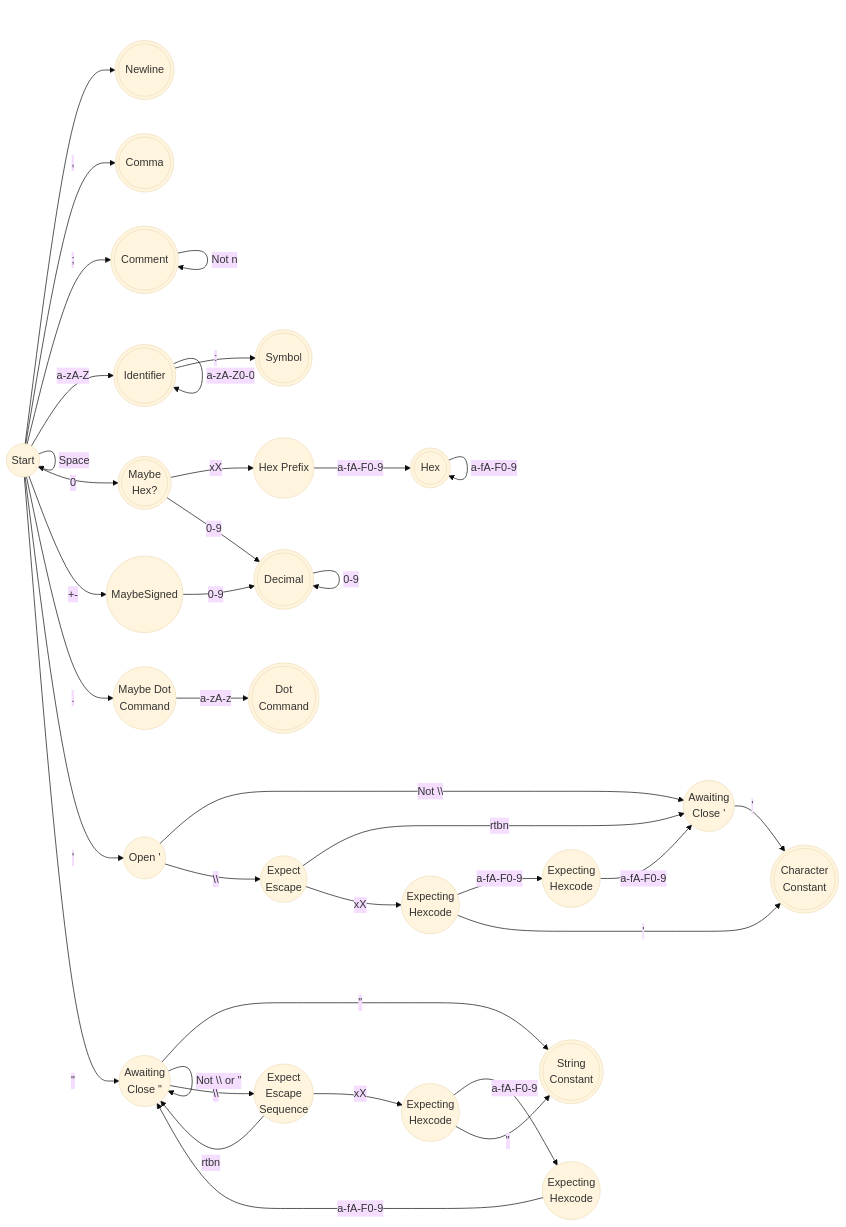
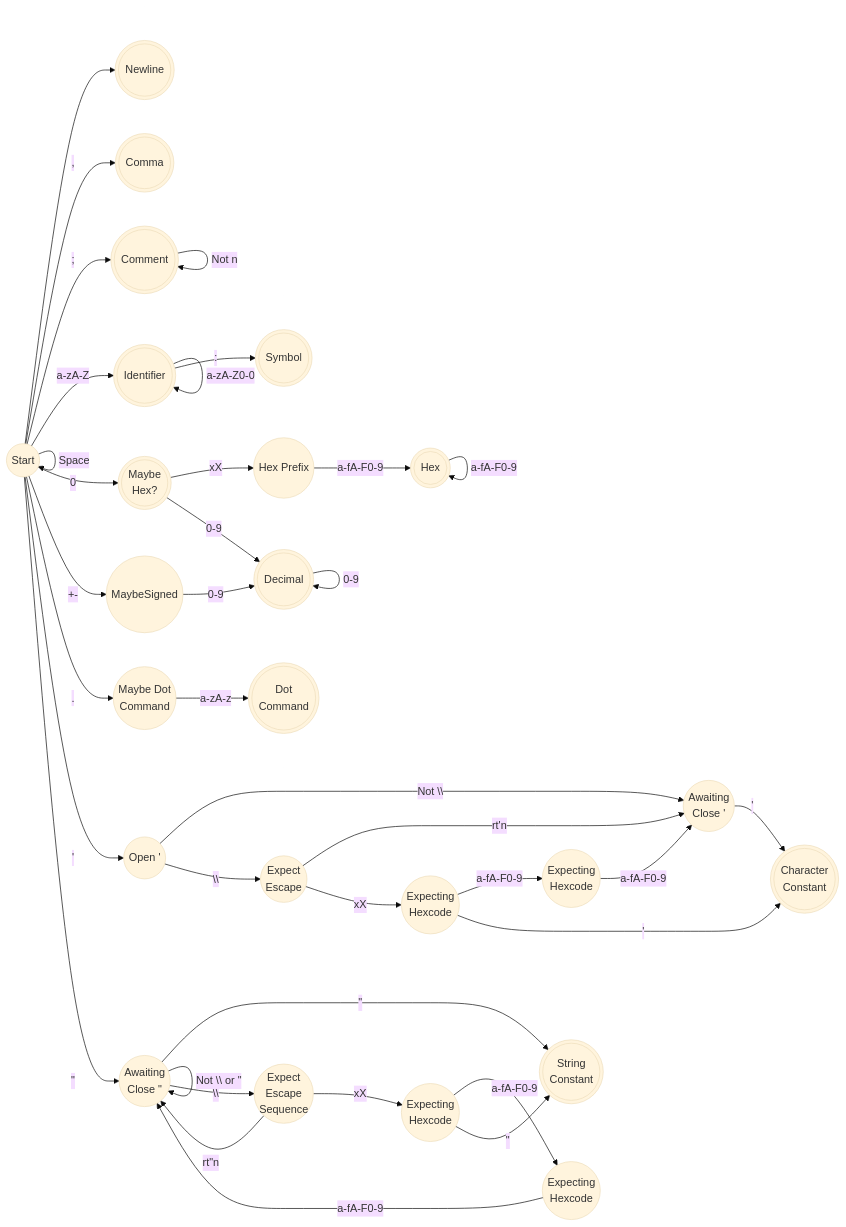
Before and after one commit to Matthew-McRaven/PepNext: the diagram in data/books/cs6e/ch07/fig0738/tokenizer.mmd, drawn with Mermaid (base theme). The commit also changed 6 other files, not shown here.

```diff
--- a/data/books/cs6e/ch07/fig0738/tokenizer.mmd
+++ b/data/books/cs6e/ch07/fig0738/tokenizer.mmd
@@ -1,37 +1,37 @@
 flowchart LR
     Start -->|Space| Start((Start))
     Start --> Newline(((Newline)))
     Start -->|,| Comma(((Comma)))
     Start -->|";"| Comment(((Comment)))
     Comment -->|"Not n"|Comment
     Start -->|"a-zA-Z"| Ident(((Identifier)))
     Ident -->|"a-zA-Z0-0"|Ident
     Ident -->|:|Symbol(((Symbol)))
     Start -->|0|MaybeHex(((Maybe<br/>Hex?)))
     MaybeHex -->|"xX"| HexPrefix((Hex Prefix))
     MaybeHex -->|0-9| Decimal(((Decimal)))
     Decimal --> |0-9| Decimal
     Start -->|+-| MaybeSigned((Maybe<br\>Signed))
     MaybeSigned -->|0-9|Decimal
     HexPrefix -->|"a-fA-F0-9"| Hex(((Hex)))
     Hex -->|"a-fA-F0-9"| Hex(((Hex)))
     Start -->|"."| MaybeDot((Maybe Dot<br/>Command))
     MaybeDot -->|a-zA-z| Dot(((Dot<br/>Command)))
     Start -->|"'"| OpenSingleQuote((Open '))
     OpenSingleQuote -->|"Not \\"| ExpectSingleQuote((Awaiting<br>Close '))
     OpenSingleQuote -->|"\\"| SingleEscape((Expect<br/>Escape<br/>))
-    SingleEscape -->|"rtbn"|ExpectSingleQuote
+    SingleEscape -->|"rt'n"|ExpectSingleQuote
     SingleEscape -->|xX|ExpectHexCode0((Expecting<br/>Hexcode))
     ExpectHexCode0 -->|a-fA-F0-9|ExpectHexCode1((Expecting<br/>Hexcode))
     ExpectHexCode0 -->|'|CloseSingleQuote
     ExpectHexCode1 -->|a-fA-F0-9|ExpectSingleQuote
     ExpectSingleQuote-->|"'"| CloseSingleQuote(((Character<br/>Constant)))
     Start -->|"&quot;"| OpenDoubleQuote(("Open &quot;"))
     OpenDoubleQuote -->|"Not \\ or &quot;"| OpenDoubleQuote(("Awaiting<br>Close &quot;"))
     OpenDoubleQuote -->|"&quot;"|StringConstant(((String<br/>Constant)))
     OpenDoubleQuote -->|"\\"| DoubleEscape((Expect<br/>Escape<br/>Sequence))
-    DoubleEscape -->|"rtbn"|OpenDoubleQuote
+    DoubleEscape -->|"rt&quot;n"|OpenDoubleQuote
     DoubleEscape -->|xX|ExpectStringHexCode0((Expecting<br/>Hexcode))
     ExpectStringHexCode0 -->|a-fA-F0-9|ExpectStringHexCode1((Expecting<br/>Hexcode))
     ExpectStringHexCode0 -->|"&quot;"|StringConstant
     ExpectStringHexCode1 -->|a-fA-F0-9|OpenDoubleQuote
```
